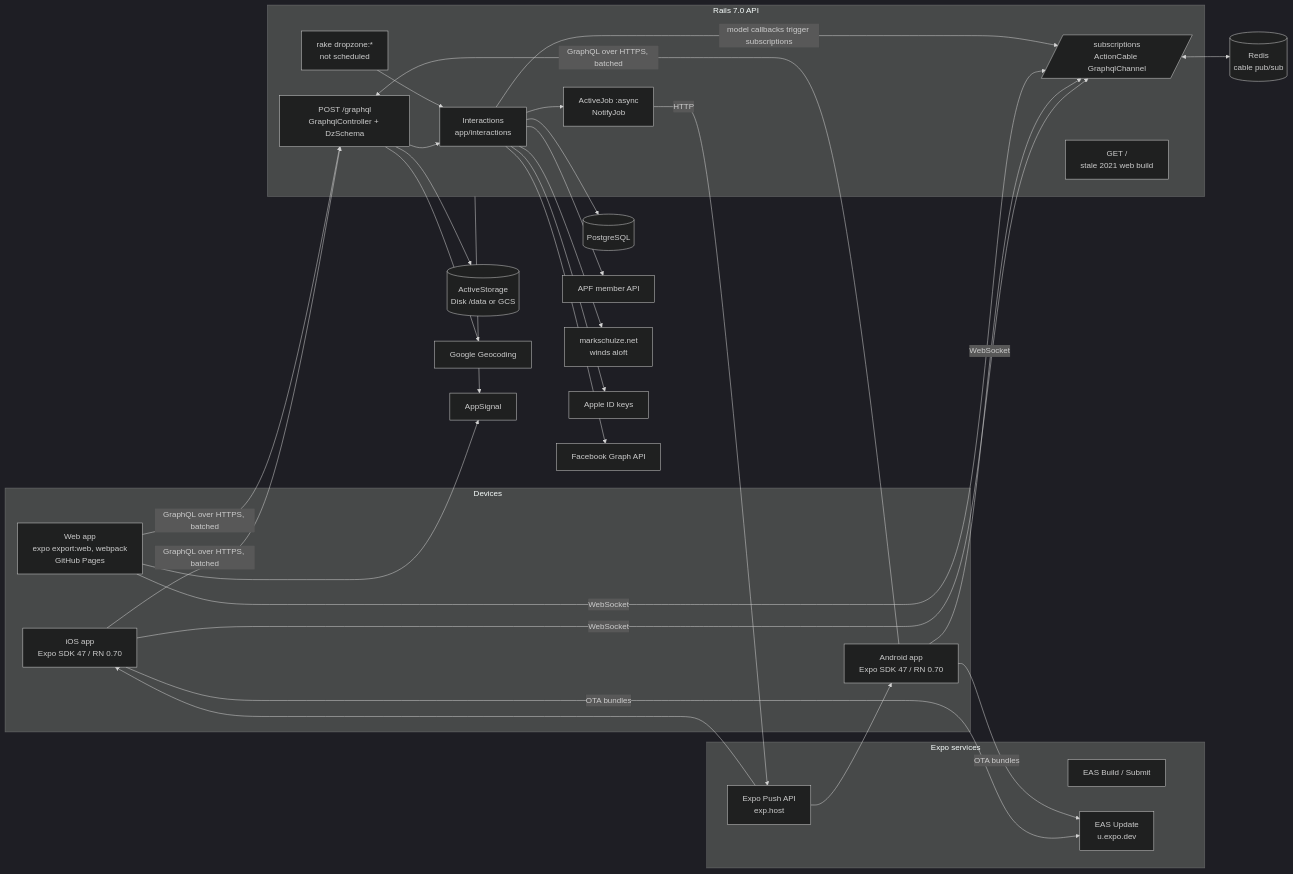
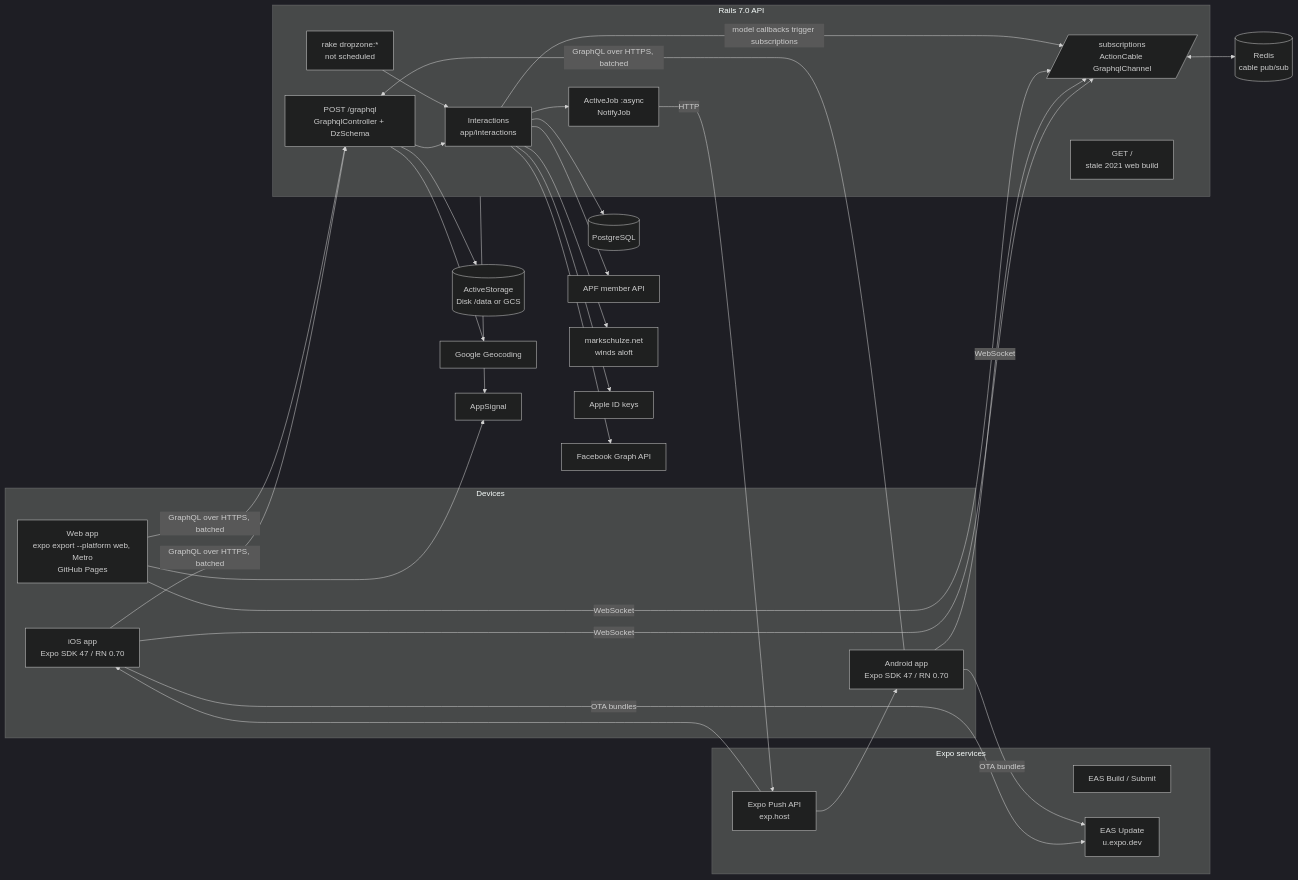
Before and after one commit to OpenManifest/openmanifest-server: the first of 10 diagrams in docs/reference/diagrams.md, drawn with Mermaid (dark theme). The commit also changed 3 other files, not shown here.

First line of the commit message:
docs: mark P3.7 done; CLOUD_ENV web commands for Metro [P3.7]

````diff
--- a/docs/reference/diagrams.md
+++ b/docs/reference/diagrams.md
@@ -13,47 +13,47 @@
 ```mermaid
 flowchart LR
   subgraph Devices
     IOS[iOS app<br/>Expo SDK 47 / RN 0.70]
     AND[Android app<br/>Expo SDK 47 / RN 0.70]
-    WEB[Web app<br/>expo export:web, webpack<br/>GitHub Pages]
+    WEB[Web app<br/>expo export --platform web, Metro<br/>GitHub Pages]
   end
   subgraph Expo[Expo services]
     EAS[EAS Build / Submit]
     UPD[EAS Update<br/>u.expo.dev]
     PUSH[Expo Push API<br/>exp.host]
   end
   subgraph API[Rails 7.0 API]
     GQL[POST /graphql<br/>GraphqlController + DzSchema]
     CABLE[/subscriptions<br/>ActionCable GraphqlChannel/]
     INT[Interactions<br/>app/interactions]
     JOBS[ActiveJob :async<br/>NotifyJob]
     RAKE[rake dropzone:*<br/>not scheduled]
     STALE[GET /<br/>stale 2021 web build]
   end
   PG[(PostgreSQL)]
   REDIS[(Redis<br/>cable pub/sub)]
   STORE[(ActiveStorage<br/>Disk /data or GCS)]
   APF[APF member API]
   WINDS[markschulze.net<br/>winds aloft]
   GEO[Google Geocoding]
   APPLE[Apple ID keys]
   FB[Facebook Graph API]
   APPSIG[AppSignal]
 
   IOS & AND & WEB -->|GraphQL over HTTPS, batched| GQL
   IOS & AND & WEB -->|WebSocket| CABLE
   IOS & AND -->|OTA bundles| UPD
   GQL --> INT --> PG
   INT --> JOBS -->|HTTP| PUSH --> IOS & AND
   CABLE <--> REDIS
   INT -->|model callbacks trigger subscriptions| CABLE
   GQL --> STORE
   INT --> APF
   INT --> WINDS
   GQL --> GEO
   INT --> APPLE
   INT --> FB
   API --> APPSIG
   WEB --> APPSIG
   RAKE --> INT
 ```
````
